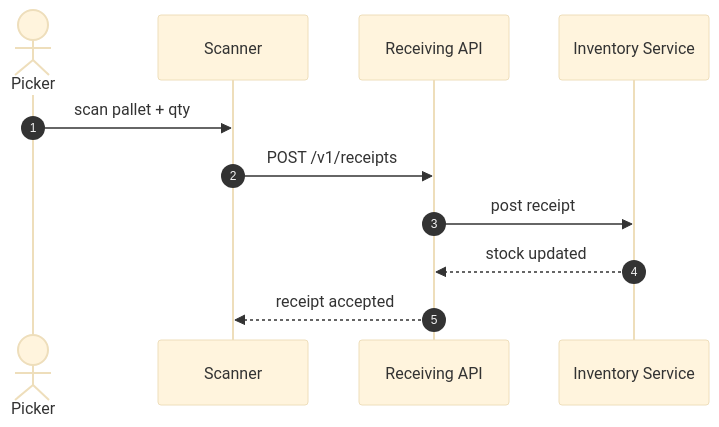
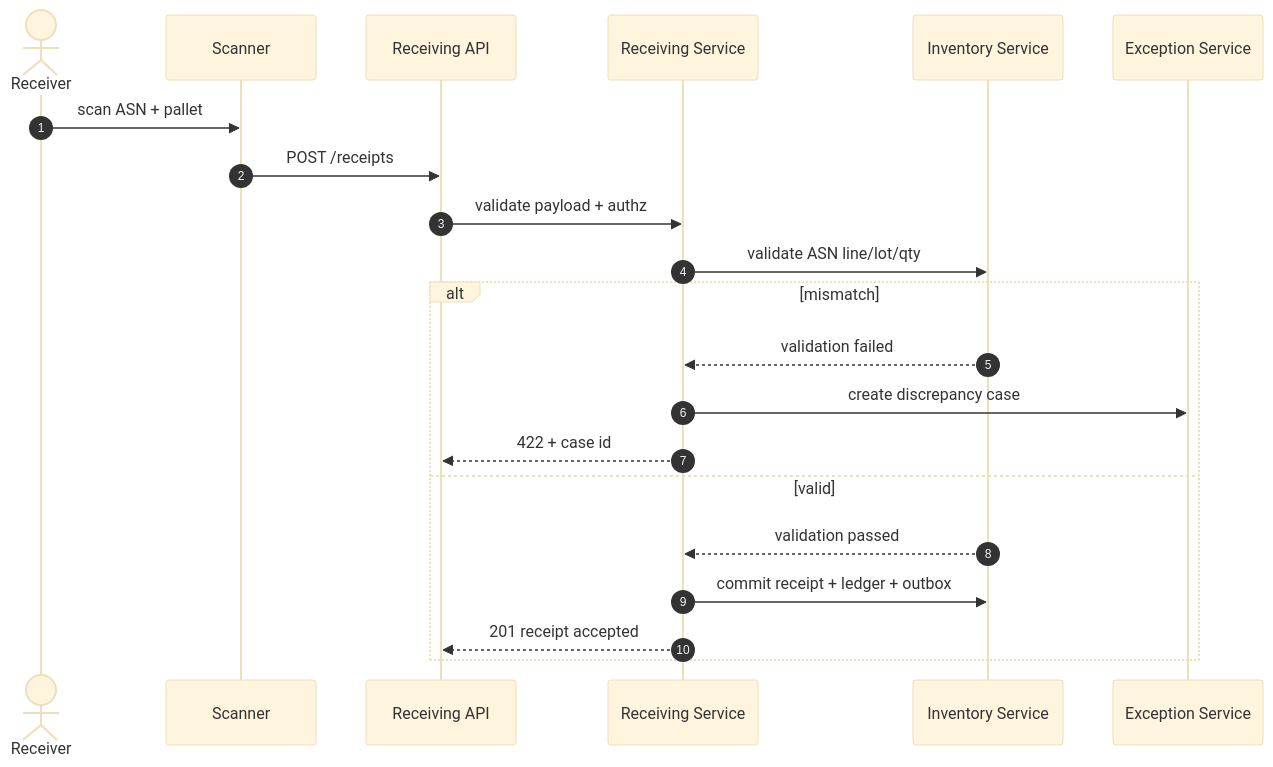
Before and after one commit to 0Ankit0/Project-Ideas: the first of 2 diagrams in Warehouse Management System/high-level-design/system-sequence-diagrams.md, drawn with Mermaid (base theme). The commit also changed other lines of this file and 38 other files, not shown here.

````diff
--- a/Warehouse Management System/high-level-design/system-sequence-diagrams.md
+++ b/Warehouse Management System/high-level-design/system-sequence-diagrams.md
@@ -4,14 +4,24 @@
 ```mermaid
 sequenceDiagram
     autonumber
-    actor Picker
+    actor Receiver
     participant Scanner
     participant API as Receiving API
+    participant REC as Receiving Service
     participant INV as Inventory Service
+    participant EX as Exception Service
 
-    Picker->>Scanner: scan pallet + qty
-    Scanner->>API: POST /v1/receipts
-    API->>INV: post receipt
-    INV-->>API: stock updated
-    API-->>Scanner: receipt accepted
+    Receiver->>Scanner: scan ASN + pallet
+    Scanner->>API: POST /receipts
+    API->>REC: validate payload + authz
+    REC->>INV: validate ASN line/lot/qty
+    alt mismatch
+      INV-->>REC: validation failed
+      REC->>EX: create discrepancy case
+      REC-->>API: 422 + case id
+    else valid
+      INV-->>REC: validation passed
+      REC->>INV: commit receipt + ledger + outbox
+      REC-->>API: 201 receipt accepted
+    end
 ```
````
